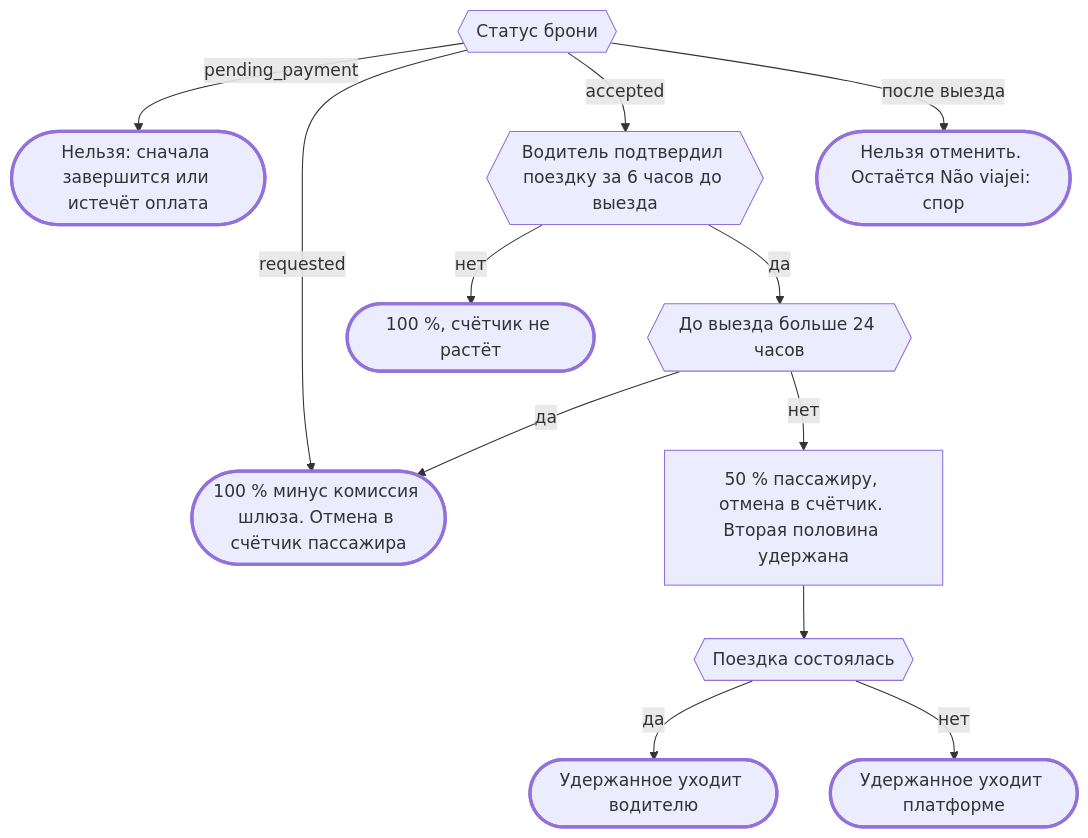
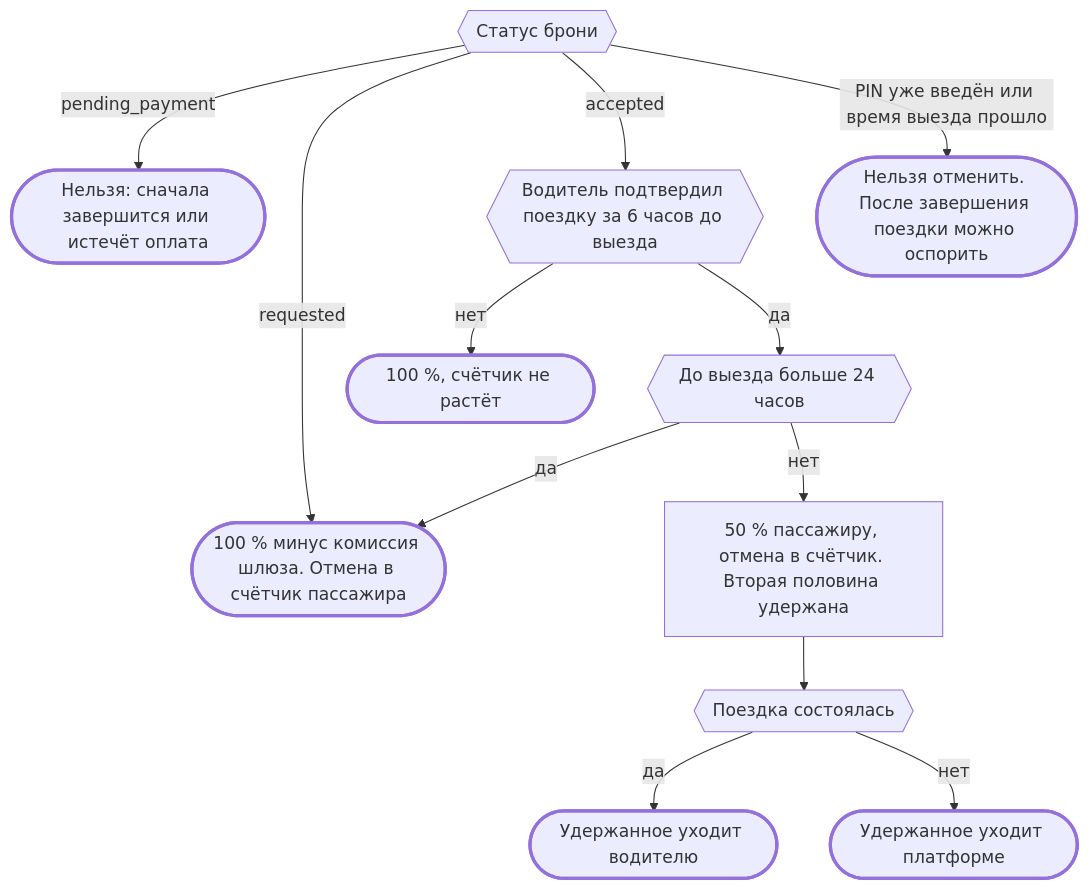
Before and after one commit to wiopriph/boleia-db: the sixth of 18 diagrams in docs/flows.md, drawn with Mermaid. The commit also changed other lines of this file and 18 other files, not shown here.

First line of the commit message:
Trip flow like a taxi: the driver starts and finishes, the passenger rates or disputes (0025)

````diff
--- a/docs/flows.md
+++ b/docs/flows.md
@@ -182,17 +182,17 @@
 ```mermaid
 flowchart TD
   pst{{"Статус брони"}}
   pst -->|"pending_payment"| no1(["Нельзя: сначала завершится или истечёт оплата"])
   pst -->|"requested"| pfee(["100 % минус комиссия шлюза. Отмена в счётчик пассажира"])
   pst -->|"accepted"| conf{{"Водитель подтвердил поездку за 6 часов до выезда"}}
-  pst -->|"после выезда"| no2(["Нельзя отменить. Остаётся Não viajei: спор"])
+  pst -->|"PIN уже введён или время выезда прошло"| no2(["Нельзя отменить. После завершения поездки можно оспорить"])
   conf -->|"нет"| free(["100 %, счётчик не растёт"])
   conf -->|"да"| when{{"До выезда больше 24 часов"}}
   when -->|"да"| pfee
   when -->|"нет"| half["50 % пассажиру, отмена в счётчик. Вторая половина удержана"]
   half --> held{{"Поездка состоялась"}}
   held -->|"да"| toDriver(["Удержанное уходит водителю"])
   held -->|"нет"| toPlat(["Удержанное уходит платформе"])
   class no1,pfee,no2,free,toDriver,toPlat final
   classDef final stroke-width:3px
 ```
````
